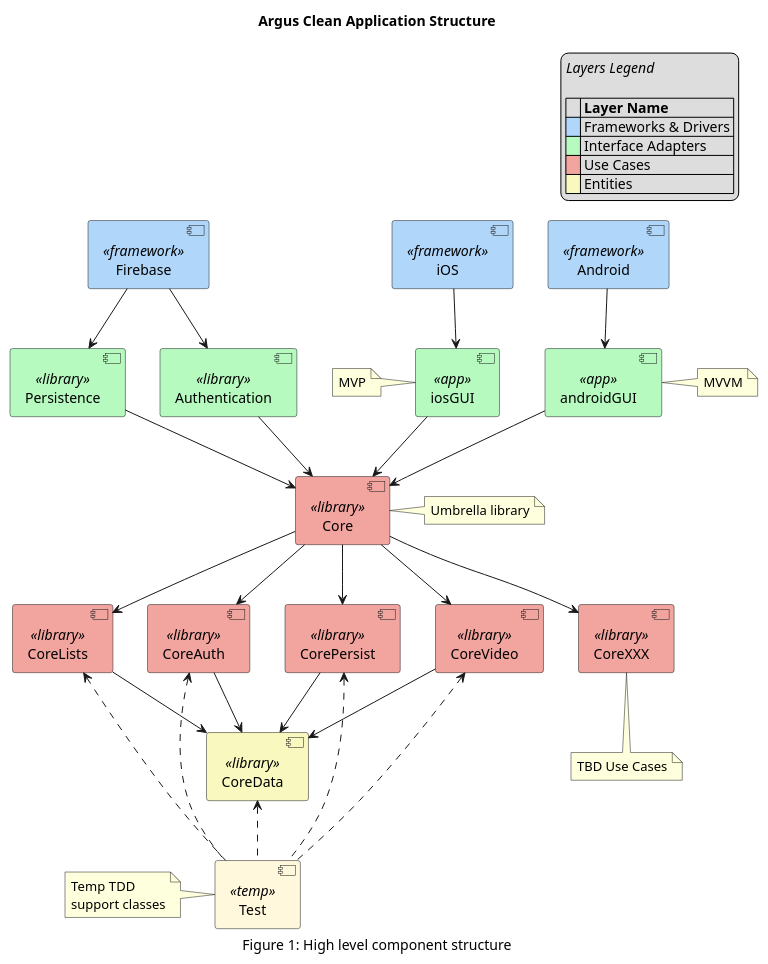
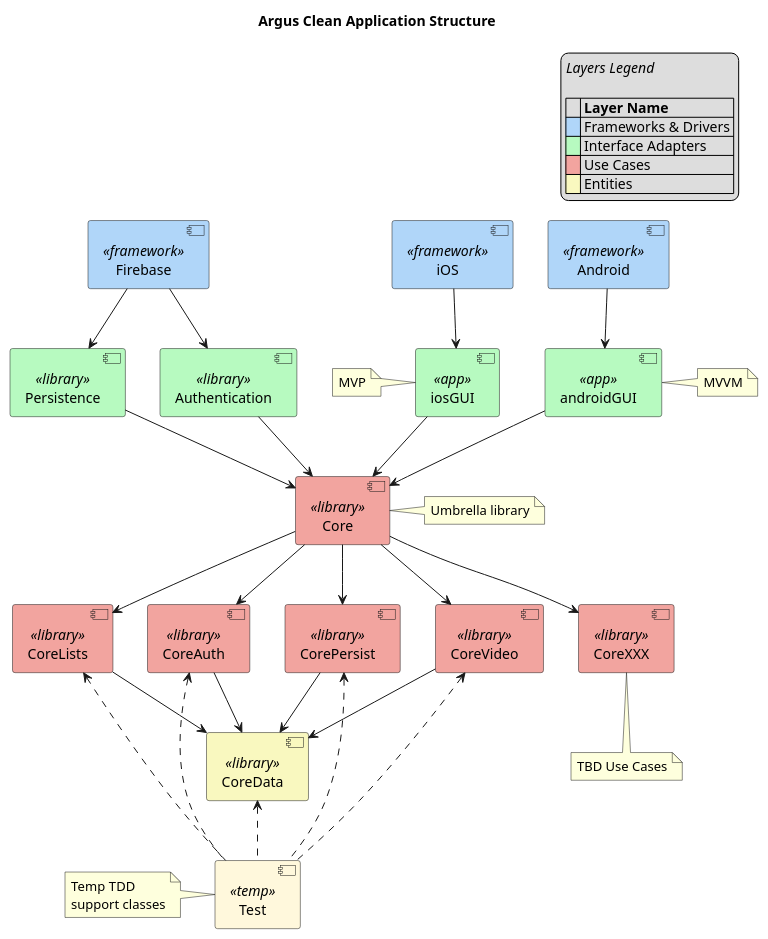
One commit to pajato/ArgusDesign changed the diagram in notes.org. Above: the diagram before and after it, drawn with PlantUML. The commit also changed 1 other file, not shown here.

Commit message:
Update the diagram to lose the caption.

```diff
--- a/notes.org
+++ b/notes.org
@@ -2,66 +2,66 @@
 #+begin_src plantuml :file structure.png
-caption Figure 1: High level component structure
 title Argus Clean Application Structure
 
 legend top right
 <i>Layers Legend</i>
 
 | |= Layer Name |
 |<back:#B0D6F9>    </back>| Frameworks & Drivers |
 |<back:#B7FAC0>    </back>| Interface Adapters |
 |<back:#F2A49F>    </back>| Use Cases |
 |<back:#F9F8BF>    </back>| Entities |
 endlegend
 
 [iOS] <<framework>> #B0D6F9
 [Android] <<framework>> #B0D6F9
 [Firebase] <<framework>> #B0D6F9
 
 [iosGUI] <<app>> #B7FAC0
 [androidGUI] <<app>> #B7FAC0
 [Authentication] <<library>> #B7FAC0
 [Persistence] <<library>> #B7FAC0
 
 [Core] <<library>> #F2A49F
 [CoreAuth] <<library>> #F2A49F
 [CorePersist] <<library>> #F2A49F
 [CoreVideo] <<library>> #F2A49F
 [CoreLists] <<library>> #F2A49F
 [CoreXXX] <<library>> #F2A49F
 [CoreData] <<library>> #F9F8BF
 
 [Test] <<temp>> #Cornsilk
 
 [iOS] --> [iosGUI]
 [Android] --> [androidGUI]
 [Firebase] --> [Authentication]
 [Firebase] --> [Persistence]
 
 [iosGUI] --> [Core]
 [androidGUI] --> [Core]
 [Authentication] --> [Core]
 [Persistence] --> [Core]
 
 [Core] --> [CoreAuth]
 [Core] --> [CoreLists]
 [Core] --> [CorePersist]
 [Core] --> [CoreVideo]
 [Core] --> [CoreXXX]
 
 [CoreAuth] --> [CoreData]
 [CorePersist] --> [CoreData]
 [CoreVideo] --> [CoreData]
 [CoreLists] --> [CoreData]
 
 [CoreAuth] <.. [Test]
 [CorePersist] <.. [Test]
 [CoreVideo] <.. [Test]
 [CoreLists] <.. [Test]
 [CoreData] <.. [Test]
 
 note right of [Core] : Umbrella library
 note bottom of [CoreXXX] : TBD Use Cases
 note left of [Test] : Temp TDD\nsupport classes
 note left of [iosGUI] : MVP
 note right of [androidGUI] : MVVM
+
 #+end_src
```
